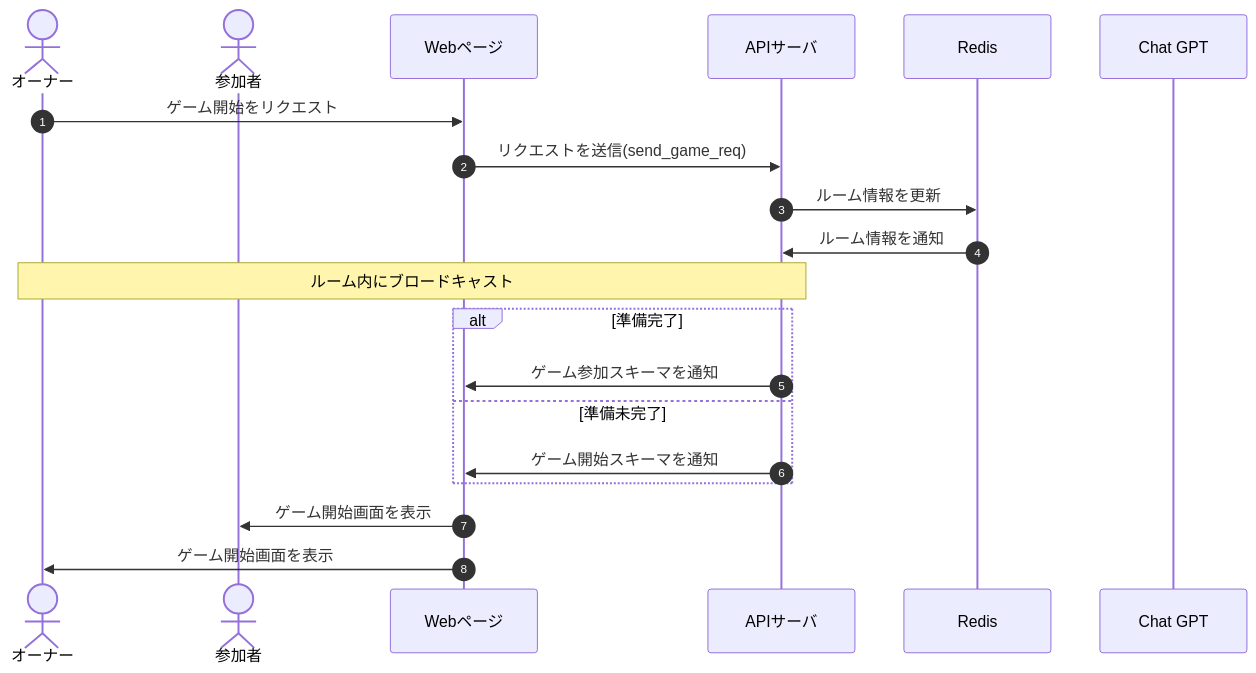
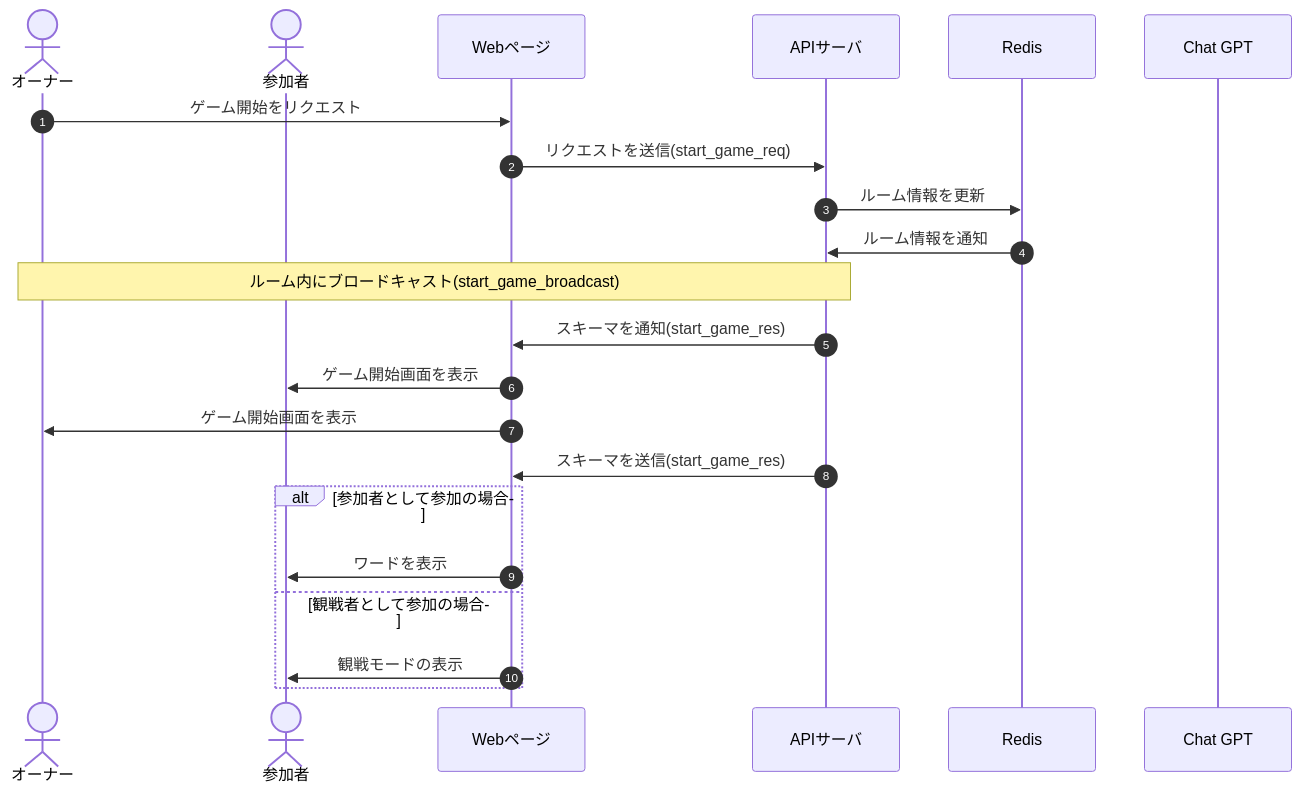
One commit to Tanakaryuki/chat_wolf changed the diagram in docs/DesignDog/06_ゲーム開始.md. Above: the diagram before and after it, drawn with Mermaid. The commit also changed other lines of this file and 29 other files, not shown here.

````diff
--- a/docs/DesignDog/06_ゲーム開始.md
+++ b/docs/DesignDog/06_ゲーム開始.md
@@ -11,23 +13,25 @@
 ```mermaid
 sequenceDiagram
     autonumber
     actor owner as オーナー
     actor participants as 参加者
     participant front as Webページ
     participant api as APIサーバ
     participant db as Redis
     participant ai as Chat GPT
 
     owner->>front: ゲーム開始をリクエスト
-    front->>api: リクエストを送信(send_game_req)
+    front->>api: リクエストを送信(start_game_req)
     api->>db: ルーム情報を更新
     db->>api: ルーム情報を通知
-    Note over owner,api: ルーム内にブロードキャスト
-    alt 準備完了
-        api->>front: ゲーム参加スキーマを通知
-    else 準備未完了
-        api->>front: ゲーム開始スキーマを通知
-    end
+    Note over owner,api: ルーム内にブロードキャスト(start_game_broadcast)
+    api->>front: スキーマを通知(start_game_res)
     front->>participants: ゲーム開始画面を表示
     front->>owner: ゲーム開始画面を表示
+    api->>front: スキーマを送信(start_game_res)
+    alt 参加者として参加の場合
+        front->>participants: ワードを表示
+    else 観戦者として参加の場合
+        front->>participants: 観戦モードの表示
+    end
 ```
````
